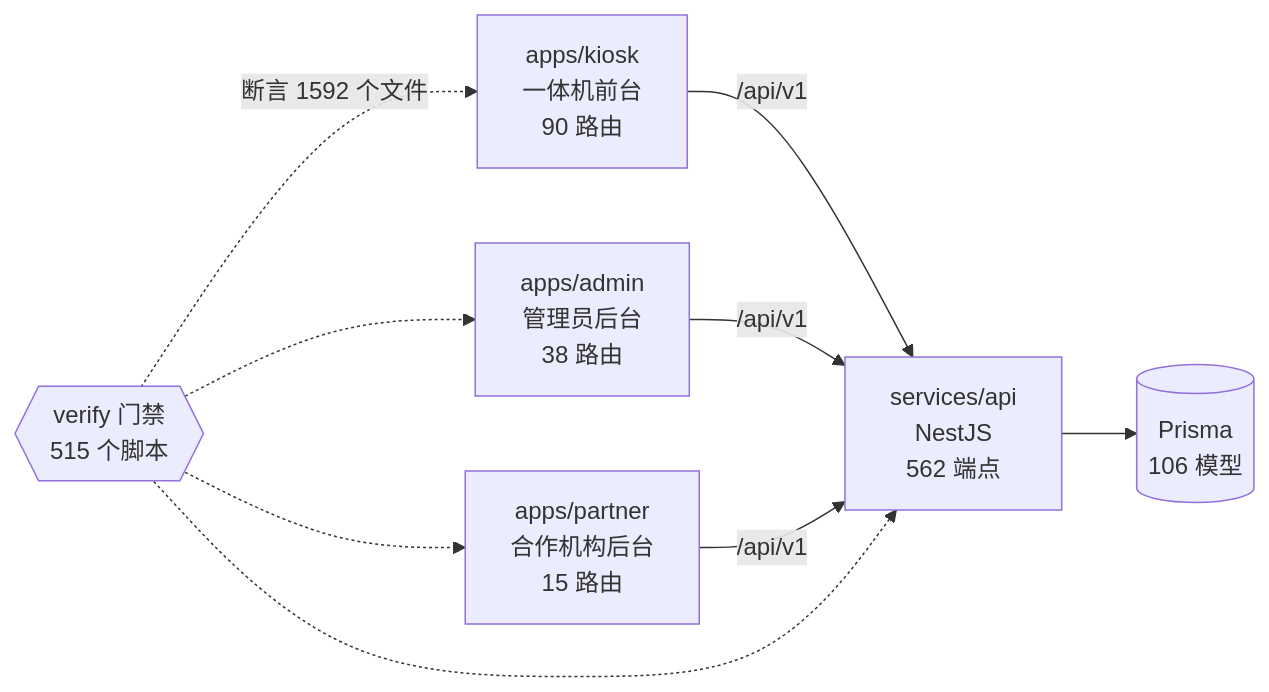
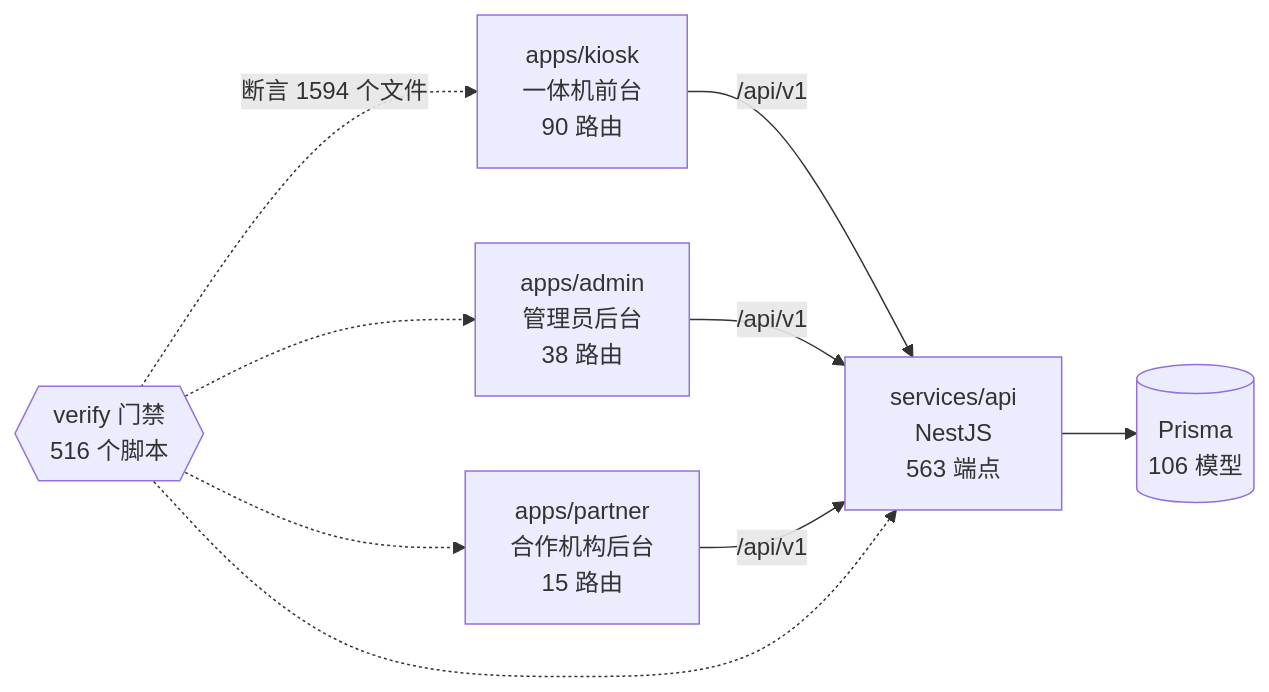
Before and after one commit to wanglei581/YITIJI: the diagram in docs/graph/README.md, drawn with Mermaid. The commit also changed other lines of this file and 3 other files, not shown here.

Commit message:
chore(graph): 并入候选后重新生成

````diff
--- a/docs/graph/README.md
+++ b/docs/graph/README.md
@@ -68,18 +68,18 @@
 ```mermaid
 flowchart LR
   kiosk["apps/kiosk<br/>一体机前台<br/>90 路由"]
   admin["apps/admin<br/>管理员后台<br/>38 路由"]
   partner["apps/partner<br/>合作机构后台<br/>15 路由"]
-  api["services/api<br/>NestJS<br/>562 端点"]
+  api["services/api<br/>NestJS<br/>563 端点"]
   db[("Prisma<br/>106 模型")]
-  gates{{"verify 门禁<br/>515 个脚本"}}
+  gates{{"verify 门禁<br/>516 个脚本"}}
 
   kiosk -->|"/api/v1"| api
   admin -->|"/api/v1"| api
   partner -->|"/api/v1"| api
   api --> db
-  gates -.->|"断言 1592 个文件"| kiosk
+  gates -.->|"断言 1594 个文件"| kiosk
   gates -.-> admin
   gates -.-> partner
   gates -.-> api
 ```
````
